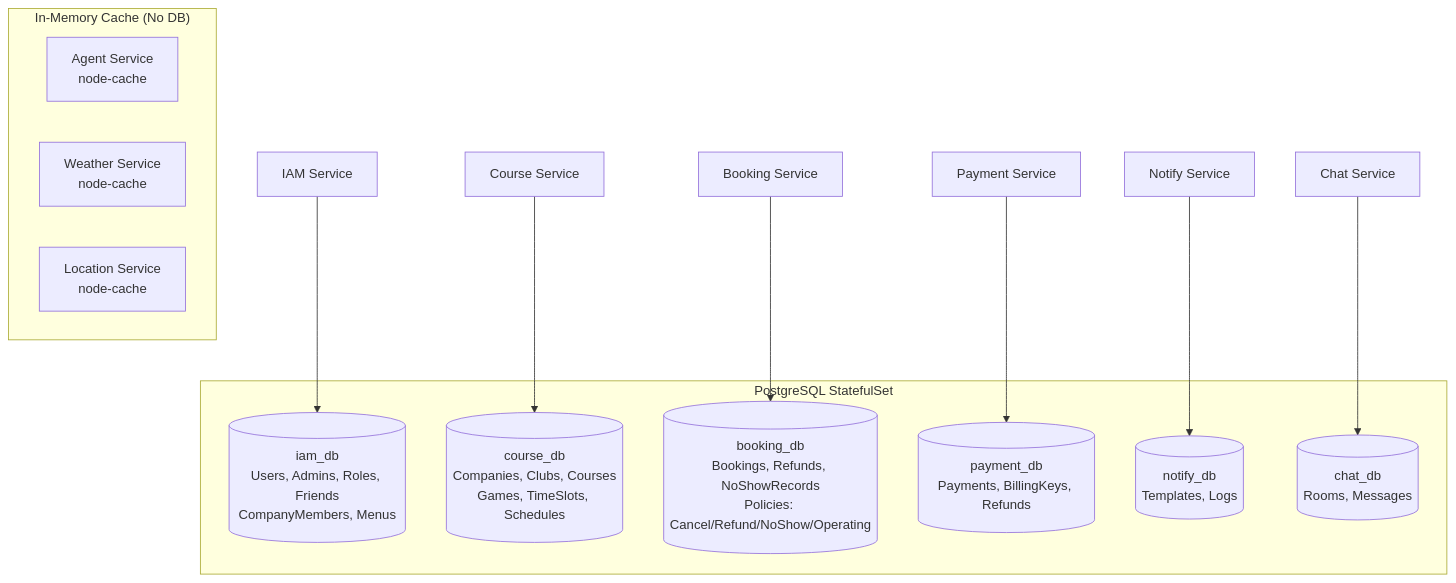
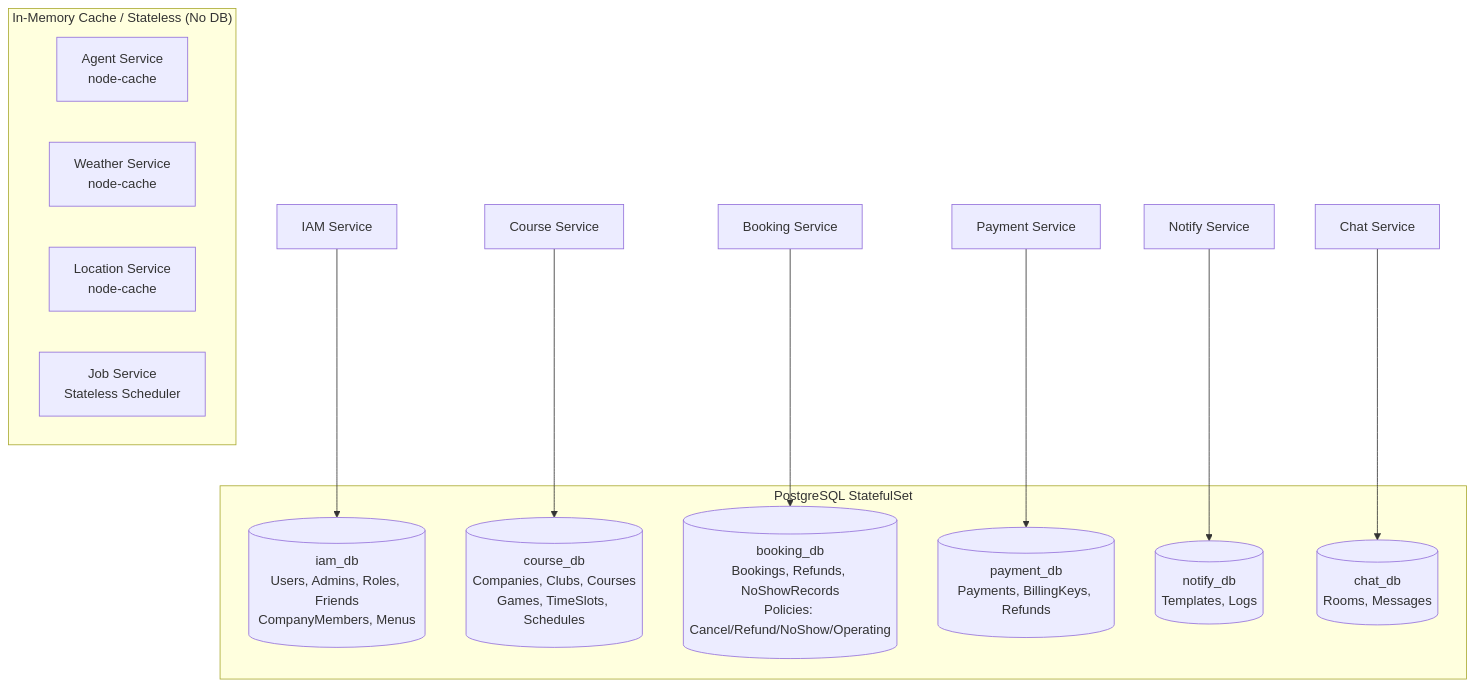
One commit to uniyous/parkgolf-platform changed the fourth of 6 diagrams in docs/architecture/SYSTEM.md. Above: the diagram before and after it, drawn with Mermaid. The commit also changed other lines of this file, not shown here.

First line of the commit message:
docs(architecture): SYSTEM.md에 job-service 추가

````diff
--- a/docs/architecture/SYSTEM.md
+++ b/docs/architecture/SYSTEM.md
@@ -520,24 +563,25 @@
 ```mermaid
 graph TD
     subgraph "PostgreSQL StatefulSet"
         IAM_DB[(iam_db<br/>Users, Admins, Roles, Friends<br/>CompanyMembers, Menus)]
         COURSE_DB[(course_db<br/>Companies, Clubs, Courses<br/>Games, TimeSlots, Schedules)]
         BOOKING_DB[(booking_db<br/>Bookings, Refunds, NoShowRecords<br/>Policies: Cancel/Refund/NoShow/Operating)]
         PAYMENT_DB[(payment_db<br/>Payments, BillingKeys, Refunds)]
         NOTIFY_DB[(notify_db<br/>Templates, Logs)]
         CHAT_DB[(chat_db<br/>Rooms, Messages)]
     end
 
     IAM[IAM Service] --> IAM_DB
     COURSE[Course Service] --> COURSE_DB
     BOOK[Booking Service] --> BOOKING_DB
     PAY[Payment Service] --> PAYMENT_DB
     NOTIFY[Notify Service] --> NOTIFY_DB
     CHAT[Chat Service] --> CHAT_DB
 
-    subgraph "In-Memory Cache (No DB)"
+    subgraph "In-Memory Cache / Stateless (No DB)"
         AGENT[Agent Service<br/>node-cache]
         WEATHER[Weather Service<br/>node-cache]
         LOCATION[Location Service<br/>node-cache]
+        JOB[Job Service<br/>Stateless Scheduler]
     end
 ```
````
